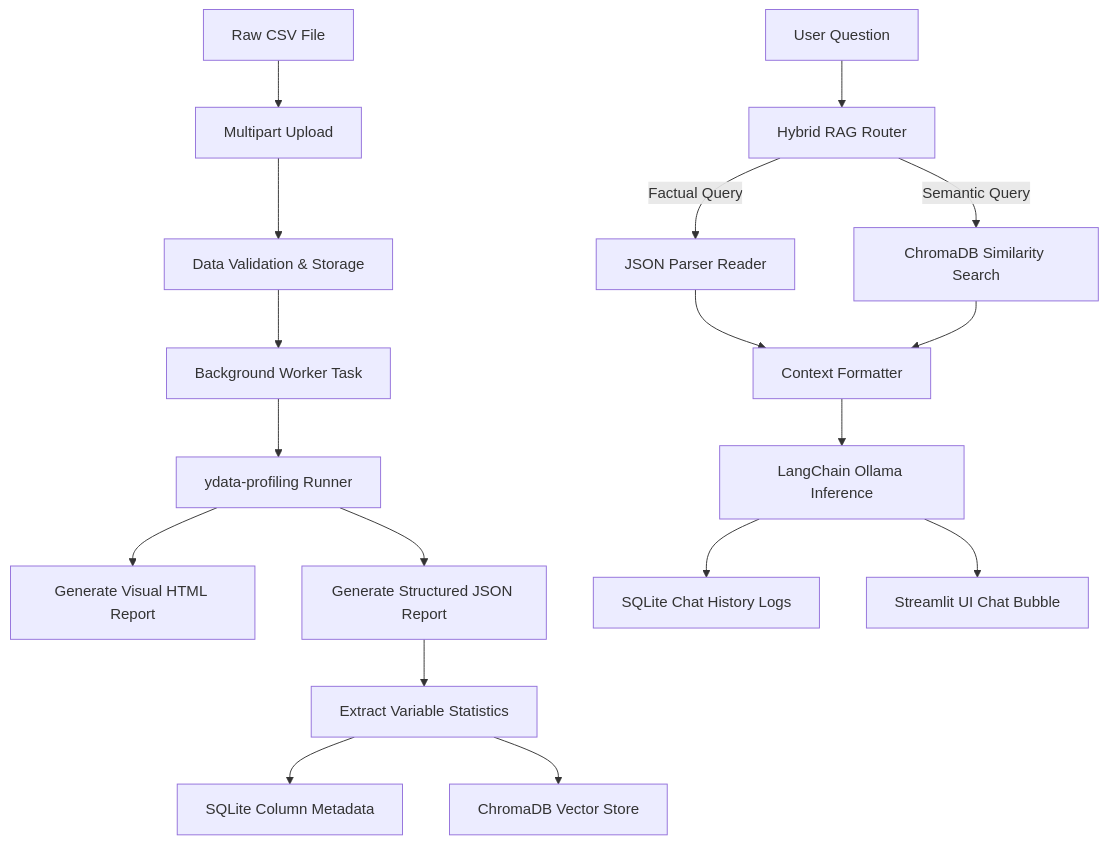
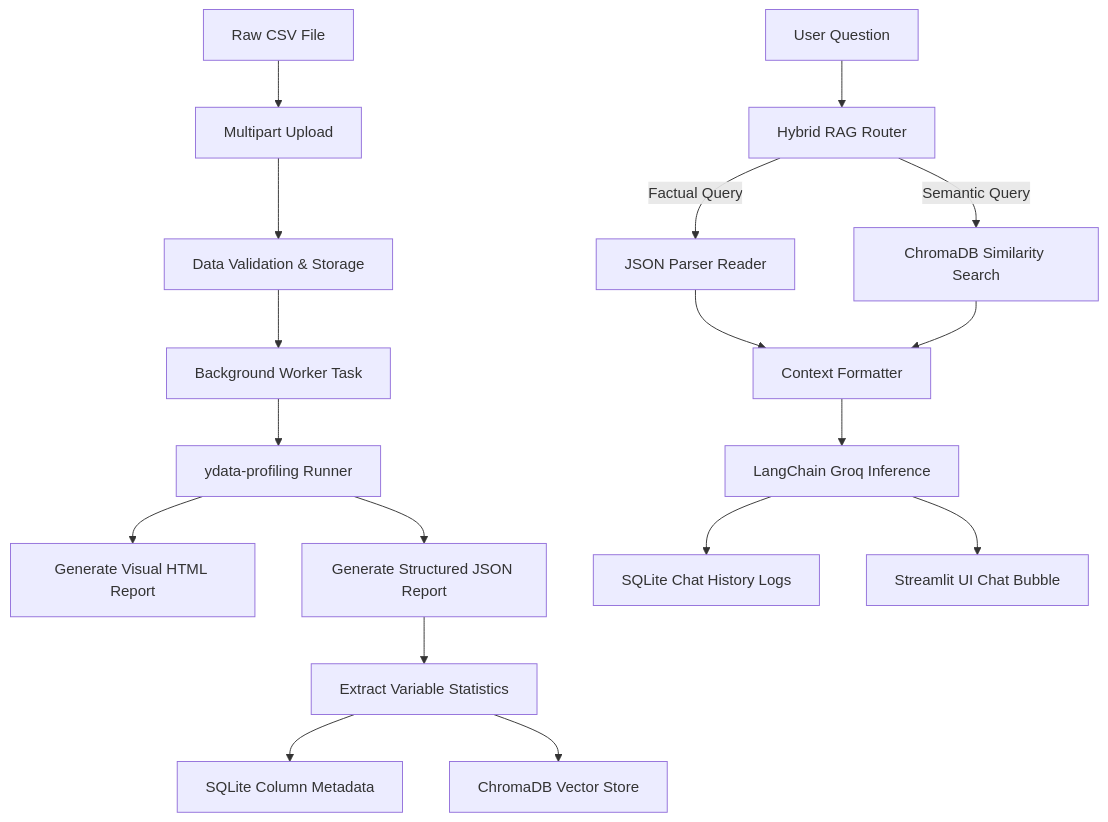
The diagram in project_functionality.md (Siva-2517/NL-Data-Profiling-Assistant), drawn with Mermaid before and after one commit. The commit also changed other lines of this file and 7 other files, not shown here.

````diff
--- a/project_functionality.md
+++ b/project_functionality.md
@@ -11,20 +11,20 @@
 ```mermaid
 graph TD
     A[Raw CSV File] --> B[Multipart Upload]
     B --> C[Data Validation & Storage]
     C --> D[Background Worker Task]
     D --> E[ydata-profiling Runner]
     E --> F[Generate Visual HTML Report]
     E --> G[Generate Structured JSON Report]
     G --> H[Extract Variable Statistics]
     H --> I[SQLite Column Metadata]
     H --> J[ChromaDB Vector Store]
     K[User Question] --> L[Hybrid RAG Router]
     L -->|Factual Query| M[JSON Parser Reader]
     L -->|Semantic Query| N[ChromaDB Similarity Search]
     M --> O[Context Formatter]
     N --> O
-    O --> P[LangChain Ollama Inference]
+    O --> P[LangChain Groq Inference]
     P --> Q[SQLite Chat History Logs]
     P --> R[Streamlit UI Chat Bubble]
 ```
````
